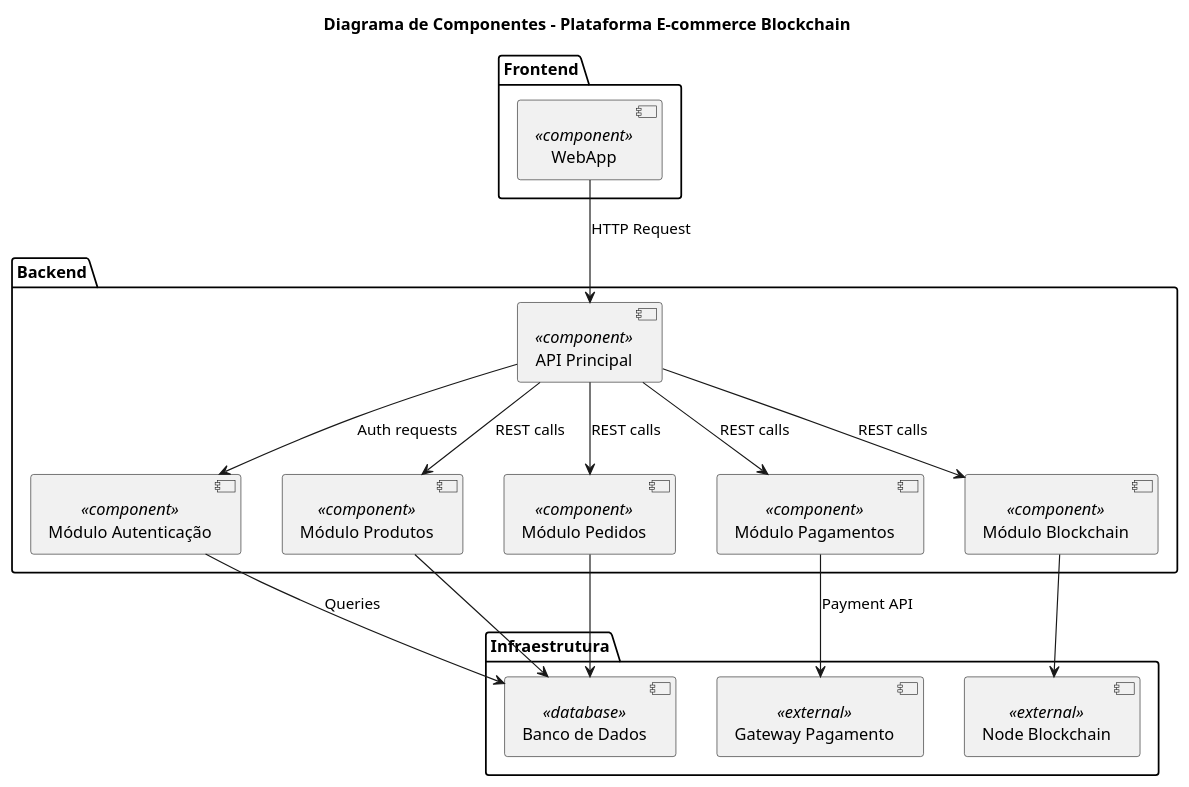
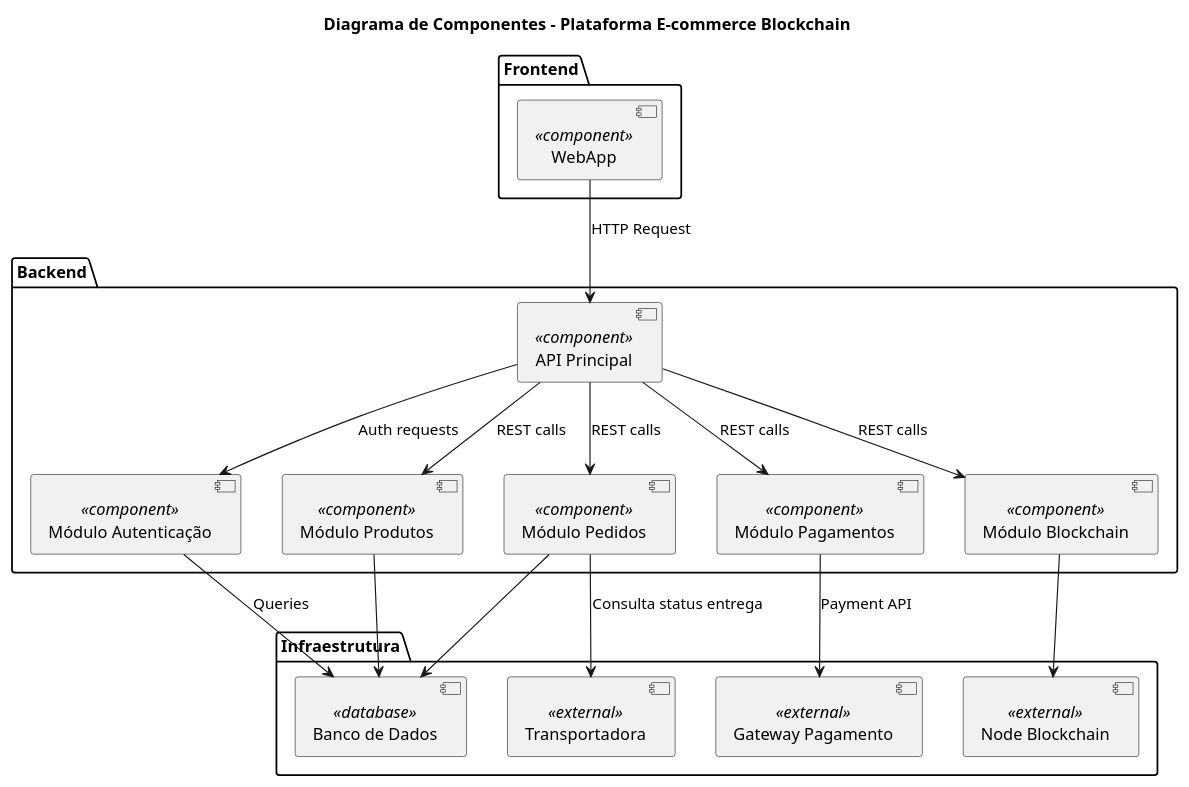
One commit to gilmarUFG/as_es_20251_g4 changed the diagram in trabalho_final/modelos_uml/diagrama_de_componentes.plantuml. Above: the diagram before and after it, drawn with PlantUML.

Commit message:
Atualizando o diagrama de Componentes

```diff
--- a/trabalho_final/modelos_uml/diagrama_de_componentes.plantuml
+++ b/trabalho_final/modelos_uml/diagrama_de_componentes.plantuml
@@ -1,40 +1,40 @@
 @startuml ComponentDiagram
 
-' Título opcional
 title Diagrama de Componentes - Plataforma E-commerce Blockchain
 
-' Definindo os pacotes (opcional, para organização visual)
 package "Frontend" {
   [WebApp] <<component>>
 }
 
 package "Backend" {
   [API Principal] <<component>>
   [Módulo Autenticação] <<component>>
   [Módulo Produtos] <<component>>
   [Módulo Pedidos] <<component>>
   [Módulo Pagamentos] <<component>>
   [Módulo Blockchain] <<component>>
 }
 
 package "Infraestrutura" {
   [Banco de Dados] <<database>>
   [Node Blockchain] <<external>>
   [Gateway Pagamento] <<external>>
+  [Transportadora] <<external>>
 }
 
-' Relacionamentos
 [WebApp] --> [API Principal] : HTTP Request
+
 [API Principal] --> [Módulo Autenticação] : Auth requests
 [API Principal] --> [Módulo Produtos] : REST calls
 [API Principal] --> [Módulo Pedidos] : REST calls
 [API Principal] --> [Módulo Pagamentos] : REST calls
 [API Principal] --> [Módulo Blockchain] : REST calls
 
 [Módulo Autenticação] --> [Banco de Dados] : Queries
 [Módulo Produtos] --> [Banco de Dados]
 [Módulo Pedidos] --> [Banco de Dados]
+[Módulo Pedidos] --> [Transportadora] : Consulta status entrega
 [Módulo Pagamentos] --> [Gateway Pagamento] : Payment API
 [Módulo Blockchain] --> [Node Blockchain]
 
 @enduml
```
